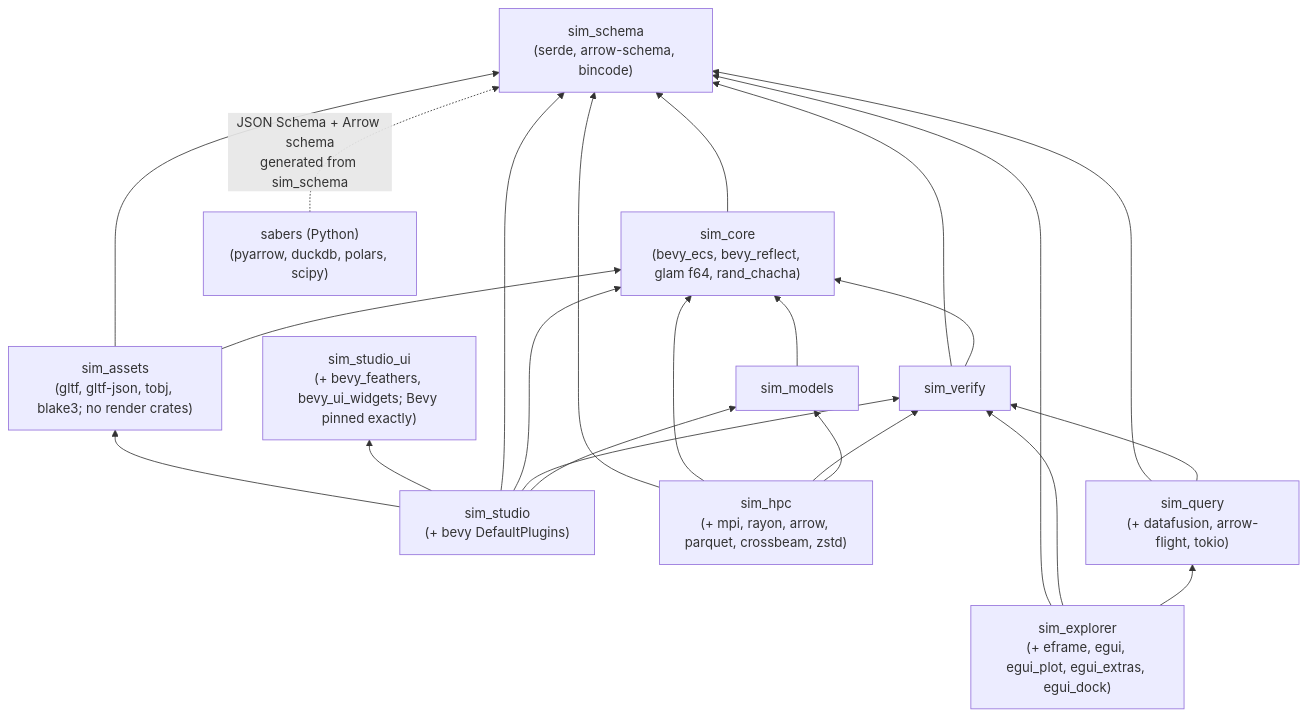
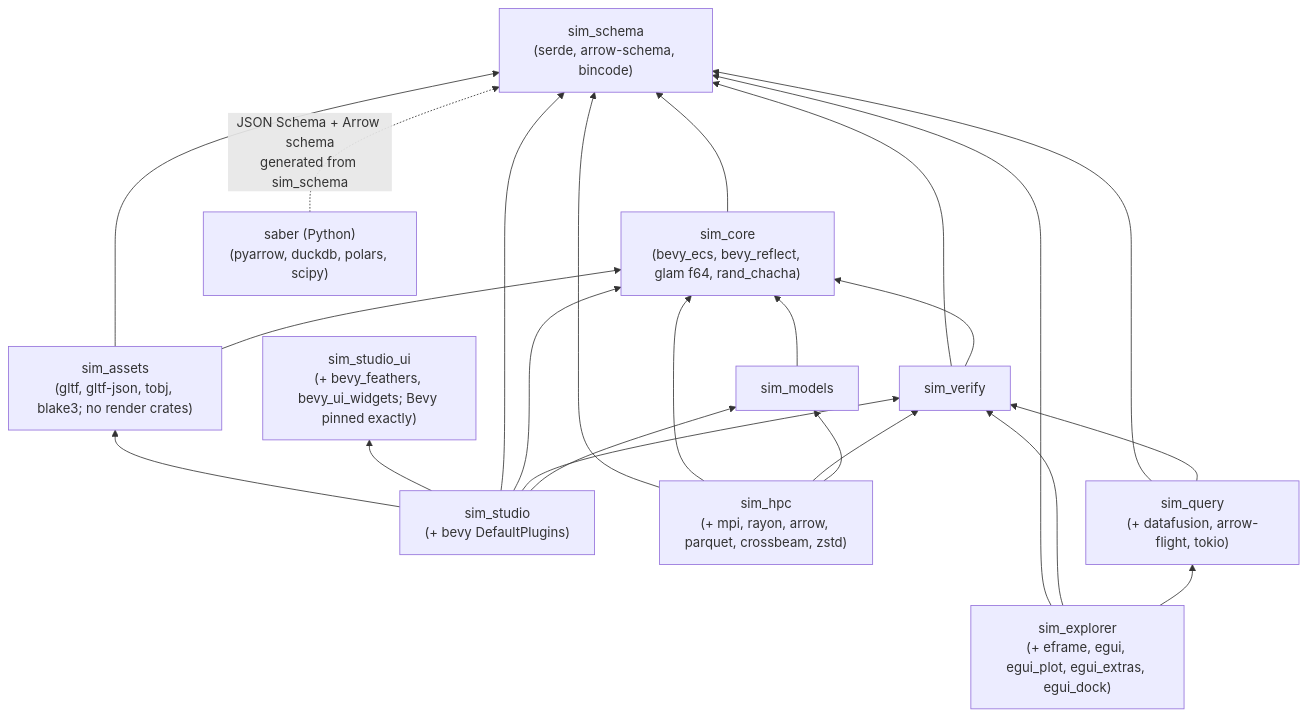
One commit to Schmiedium/SABER changed the third of 18 diagrams in docs/design/subsystems-and-interfaces.md. Above: the diagram before and after it, drawn with Mermaid. The commit also changed other lines of this file and 6 other files, not shown here.

First line of the commit message:
Rename sabers identifiers to saber across the design docs (D18)

````diff
--- a/docs/design/subsystems-and-interfaces.md
+++ b/docs/design/subsystems-and-interfaces.md
@@ -206,25 +208,25 @@
 ```mermaid
 flowchart BT
     schema["sim_schema<br/>(serde, arrow-schema, bincode)"]
     core["sim_core<br/>(bevy_ecs, bevy_reflect, glam f64, rand_chacha)"]
     models["sim_models"]
     verify["sim_verify"]
     studio["sim_studio<br/>(+ bevy DefaultPlugins)"]
     assets["sim_assets<br/>(gltf, gltf-json, tobj, blake3; no render crates)"]
     ui["sim_studio_ui<br/>(+ bevy_feathers, bevy_ui_widgets; Bevy pinned exactly)"]
     hpc["sim_hpc<br/>(+ mpi, rayon, arrow, parquet, crossbeam, zstd)"]
     query["sim_query<br/>(+ datafusion, arrow-flight, tokio)"]
-    py["sabers (Python)<br/>(pyarrow, duckdb, polars, scipy)"]
+    py["saber (Python)<br/>(pyarrow, duckdb, polars, scipy)"]
 
     core --> schema
     verify --> core
     verify --> schema
     models --> core
     query --> verify & schema
     studio --> models & verify & core & schema & ui & assets
     assets --> core & schema
     explorer["sim_explorer<br/>(+ eframe, egui, egui_plot, egui_extras, egui_dock)"]
     explorer --> query & verify & schema
     hpc --> models & verify & core & schema
     py -. "JSON Schema + Arrow schema<br/>generated from sim_schema" .-> schema
 ```
````
